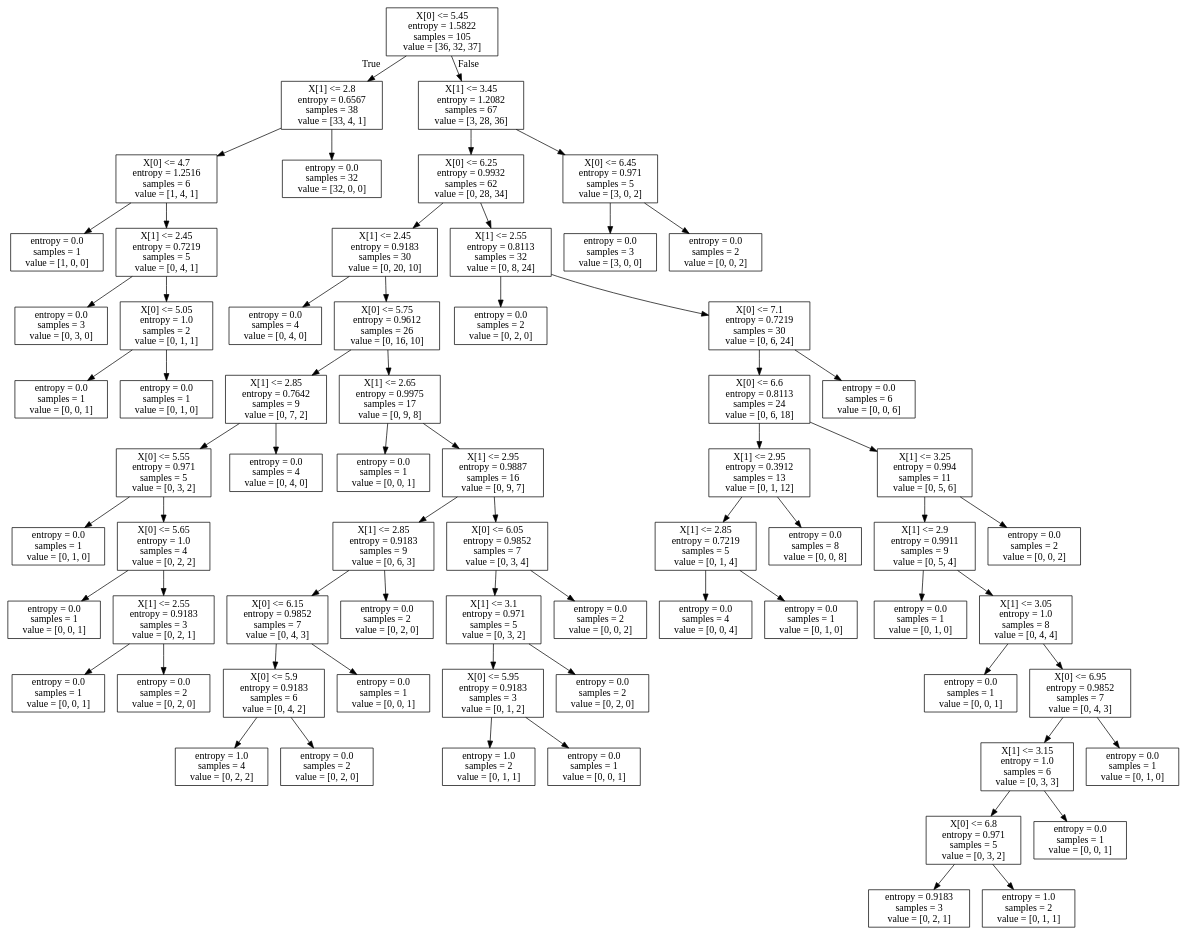
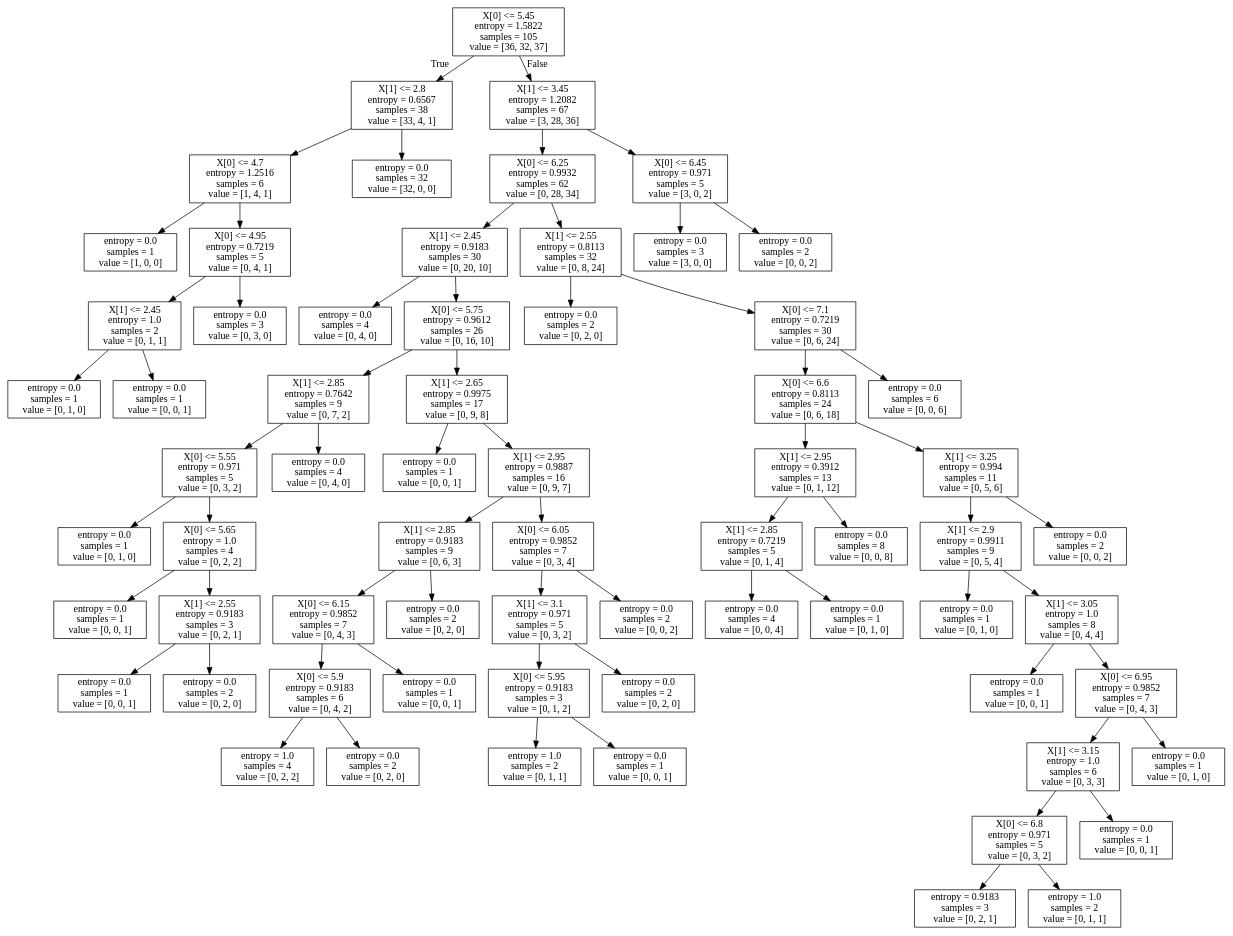
Before and after one commit to myboyliu/MachineLearning: the diagram in src/03DecisionTree/iris.dot, drawn with Graphviz. The commit also changed 7 other files, not shown here.

```diff
--- a/src/03DecisionTree/iris.dot
+++ b/src/03DecisionTree/iris.dot
@@ -1,136 +1,136 @@
 digraph Tree {
 node [shape=box] ;
 0 [label="X[0] <= 5.45\nentropy = 1.5822\nsamples = 105\nvalue = [36, 32, 37]"] ;
 1 [label="X[1] <= 2.8\nentropy = 0.6567\nsamples = 38\nvalue = [33, 4, 1]"] ;
 0 -> 1 [labeldistance=2.5, labelangle=45, headlabel="True"] ;
 2 [label="X[0] <= 4.7\nentropy = 1.2516\nsamples = 6\nvalue = [1, 4, 1]"] ;
 1 -> 2 ;
 3 [label="entropy = 0.0\nsamples = 1\nvalue = [1, 0, 0]"] ;
 2 -> 3 ;
-4 [label="X[1] <= 2.45\nentropy = 0.7219\nsamples = 5\nvalue = [0, 4, 1]"] ;
+4 [label="X[0] <= 4.95\nentropy = 0.7219\nsamples = 5\nvalue = [0, 4, 1]"] ;
 2 -> 4 ;
-5 [label="entropy = 0.0\nsamples = 3\nvalue = [0, 3, 0]"] ;
+5 [label="X[1] <= 2.45\nentropy = 1.0\nsamples = 2\nvalue = [0, 1, 1]"] ;
 4 -> 5 ;
-6 [label="X[0] <= 5.05\nentropy = 1.0\nsamples = 2\nvalue = [0, 1, 1]"] ;
-4 -> 6 ;
+6 [label="entropy = 0.0\nsamples = 1\nvalue = [0, 1, 0]"] ;
+5 -> 6 ;
 7 [label="entropy = 0.0\nsamples = 1\nvalue = [0, 0, 1]"] ;
-6 -> 7 ;
-8 [label="entropy = 0.0\nsamples = 1\nvalue = [0, 1, 0]"] ;
-6 -> 8 ;
+5 -> 7 ;
+8 [label="entropy = 0.0\nsamples = 3\nvalue = [0, 3, 0]"] ;
+4 -> 8 ;
 9 [label="entropy = 0.0\nsamples = 32\nvalue = [32, 0, 0]"] ;
 1 -> 9 ;
 10 [label="X[1] <= 3.45\nentropy = 1.2082\nsamples = 67\nvalue = [3, 28, 36]"] ;
 0 -> 10 [labeldistance=2.5, labelangle=-45, headlabel="False"] ;
 11 [label="X[0] <= 6.25\nentropy = 0.9932\nsamples = 62\nvalue = [0, 28, 34]"] ;
 10 -> 11 ;
 12 [label="X[1] <= 2.45\nentropy = 0.9183\nsamples = 30\nvalue = [0, 20, 10]"] ;
 11 -> 12 ;
 13 [label="entropy = 0.0\nsamples = 4\nvalue = [0, 4, 0]"] ;
 12 -> 13 ;
 14 [label="X[0] <= 5.75\nentropy = 0.9612\nsamples = 26\nvalue = [0, 16, 10]"] ;
 12 -> 14 ;
 15 [label="X[1] <= 2.85\nentropy = 0.7642\nsamples = 9\nvalue = [0, 7, 2]"] ;
 14 -> 15 ;
 16 [label="X[0] <= 5.55\nentropy = 0.971\nsamples = 5\nvalue = [0, 3, 2]"] ;
 15 -> 16 ;
 17 [label="entropy = 0.0\nsamples = 1\nvalue = [0, 1, 0]"] ;
 16 -> 17 ;
 18 [label="X[0] <= 5.65\nentropy = 1.0\nsamples = 4\nvalue = [0, 2, 2]"] ;
 16 -> 18 ;
 19 [label="entropy = 0.0\nsamples = 1\nvalue = [0, 0, 1]"] ;
 18 -> 19 ;
 20 [label="X[1] <= 2.55\nentropy = 0.9183\nsamples = 3\nvalue = [0, 2, 1]"] ;
 18 -> 20 ;
 21 [label="entropy = 0.0\nsamples = 1\nvalue = [0, 0, 1]"] ;
 20 -> 21 ;
 22 [label="entropy = 0.0\nsamples = 2\nvalue = [0, 2, 0]"] ;
 20 -> 22 ;
 23 [label="entropy = 0.0\nsamples = 4\nvalue = [0, 4, 0]"] ;
 15 -> 23 ;
 24 [label="X[1] <= 2.65\nentropy = 0.9975\nsamples = 17\nvalue = [0, 9, 8]"] ;
 14 -> 24 ;
 25 [label="entropy = 0.0\nsamples = 1\nvalue = [0, 0, 1]"] ;
 24 -> 25 ;
 26 [label="X[1] <= 2.95\nentropy = 0.9887\nsamples = 16\nvalue = [0, 9, 7]"] ;
 24 -> 26 ;
 27 [label="X[1] <= 2.85\nentropy = 0.9183\nsamples = 9\nvalue = [0, 6, 3]"] ;
 26 -> 27 ;
 28 [label="X[0] <= 6.15\nentropy = 0.9852\nsamples = 7\nvalue = [0, 4, 3]"] ;
 27 -> 28 ;
 29 [label="X[0] <= 5.9\nentropy = 0.9183\nsamples = 6\nvalue = [0, 4, 2]"] ;
 28 -> 29 ;
 30 [label="entropy = 1.0\nsamples = 4\nvalue = [0, 2, 2]"] ;
 29 -> 30 ;
 31 [label="entropy = 0.0\nsamples = 2\nvalue = [0, 2, 0]"] ;
 29 -> 31 ;
 32 [label="entropy = 0.0\nsamples = 1\nvalue = [0, 0, 1]"] ;
 28 -> 32 ;
 33 [label="entropy = 0.0\nsamples = 2\nvalue = [0, 2, 0]"] ;
 27 -> 33 ;
 34 [label="X[0] <= 6.05\nentropy = 0.9852\nsamples = 7\nvalue = [0, 3, 4]"] ;
 26 -> 34 ;
 35 [label="X[1] <= 3.1\nentropy = 0.971\nsamples = 5\nvalue = [0, 3, 2]"] ;
 34 -> 35 ;
 36 [label="X[0] <= 5.95\nentropy = 0.9183\nsamples = 3\nvalue = [0, 1, 2]"] ;
 35 -> 36 ;
 37 [label="entropy = 1.0\nsamples = 2\nvalue = [0, 1, 1]"] ;
 36 -> 37 ;
 38 [label="entropy = 0.0\nsamples = 1\nvalue = [0, 0, 1]"] ;
 36 -> 38 ;
 39 [label="entropy = 0.0\nsamples = 2\nvalue = [0, 2, 0]"] ;
 35 -> 39 ;
 40 [label="entropy = 0.0\nsamples = 2\nvalue = [0, 0, 2]"] ;
 34 -> 40 ;
 41 [label="X[1] <= 2.55\nentropy = 0.8113\nsamples = 32\nvalue = [0, 8, 24]"] ;
 11 -> 41 ;
 42 [label="entropy = 0.0\nsamples = 2\nvalue = [0, 2, 0]"] ;
 41 -> 42 ;
 43 [label="X[0] <= 7.1\nentropy = 0.7219\nsamples = 30\nvalue = [0, 6, 24]"] ;
 41 -> 43 ;
 44 [label="X[0] <= 6.6\nentropy = 0.8113\nsamples = 24\nvalue = [0, 6, 18]"] ;
 43 -> 44 ;
 45 [label="X[1] <= 2.95\nentropy = 0.3912\nsamples = 13\nvalue = [0, 1, 12]"] ;
 44 -> 45 ;
 46 [label="X[1] <= 2.85\nentropy = 0.7219\nsamples = 5\nvalue = [0, 1, 4]"] ;
 45 -> 46 ;
 47 [label="entropy = 0.0\nsamples = 4\nvalue = [0, 0, 4]"] ;
 46 -> 47 ;
 48 [label="entropy = 0.0\nsamples = 1\nvalue = [0, 1, 0]"] ;
 46 -> 48 ;
 49 [label="entropy = 0.0\nsamples = 8\nvalue = [0, 0, 8]"] ;
 45 -> 49 ;
 50 [label="X[1] <= 3.25\nentropy = 0.994\nsamples = 11\nvalue = [0, 5, 6]"] ;
 44 -> 50 ;
 51 [label="X[1] <= 2.9\nentropy = 0.9911\nsamples = 9\nvalue = [0, 5, 4]"] ;
 50 -> 51 ;
 52 [label="entropy = 0.0\nsamples = 1\nvalue = [0, 1, 0]"] ;
 51 -> 52 ;
 53 [label="X[1] <= 3.05\nentropy = 1.0\nsamples = 8\nvalue = [0, 4, 4]"] ;
 51 -> 53 ;
 54 [label="entropy = 0.0\nsamples = 1\nvalue = [0, 0, 1]"] ;
 53 -> 54 ;
 55 [label="X[0] <= 6.95\nentropy = 0.9852\nsamples = 7\nvalue = [0, 4, 3]"] ;
 53 -> 55 ;
 56 [label="X[1] <= 3.15\nentropy = 1.0\nsamples = 6\nvalue = [0, 3, 3]"] ;
 55 -> 56 ;
 57 [label="X[0] <= 6.8\nentropy = 0.971\nsamples = 5\nvalue = [0, 3, 2]"] ;
 56 -> 57 ;
 58 [label="entropy = 0.9183\nsamples = 3\nvalue = [0, 2, 1]"] ;
 57 -> 58 ;
 59 [label="entropy = 1.0\nsamples = 2\nvalue = [0, 1, 1]"] ;
 57 -> 59 ;
 60 [label="entropy = 0.0\nsamples = 1\nvalue = [0, 0, 1]"] ;
 56 -> 60 ;
 61 [label="entropy = 0.0\nsamples = 1\nvalue = [0, 1, 0]"] ;
 55 -> 61 ;
 62 [label="entropy = 0.0\nsamples = 2\nvalue = [0, 0, 2]"] ;
 50 -> 62 ;
 63 [label="entropy = 0.0\nsamples = 6\nvalue = [0, 0, 6]"] ;
 43 -> 63 ;
 64 [label="X[0] <= 6.45\nentropy = 0.971\nsamples = 5\nvalue = [3, 0, 2]"] ;
 10 -> 64 ;
 65 [label="entropy = 0.0\nsamples = 3\nvalue = [3, 0, 0]"] ;
 64 -> 65 ;
 66 [label="entropy = 0.0\nsamples = 2\nvalue = [0, 0, 2]"] ;
 64 -> 66 ;
 }
```
